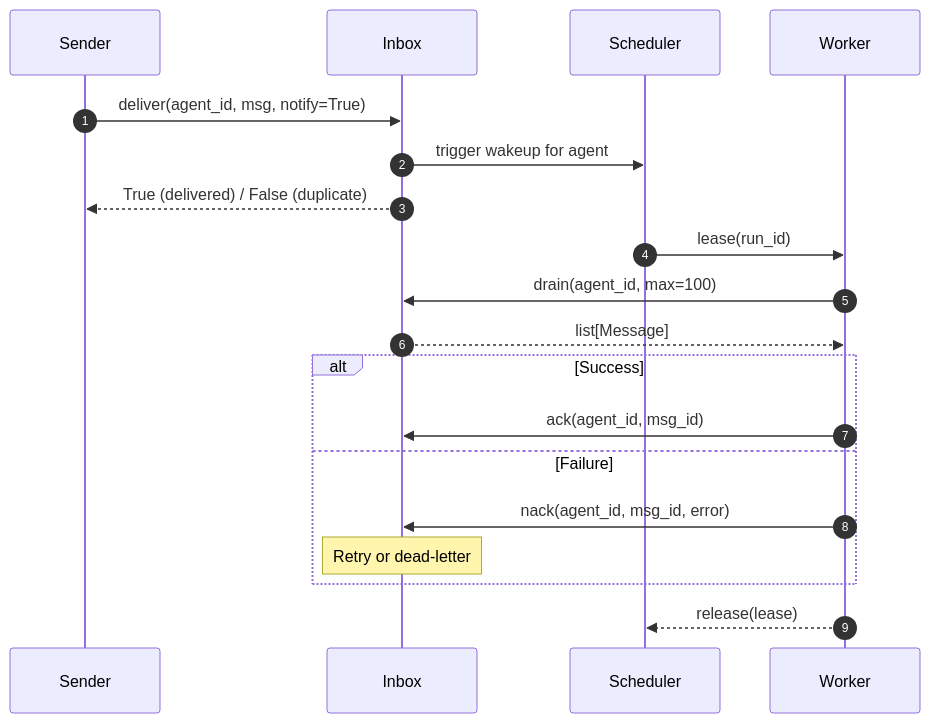
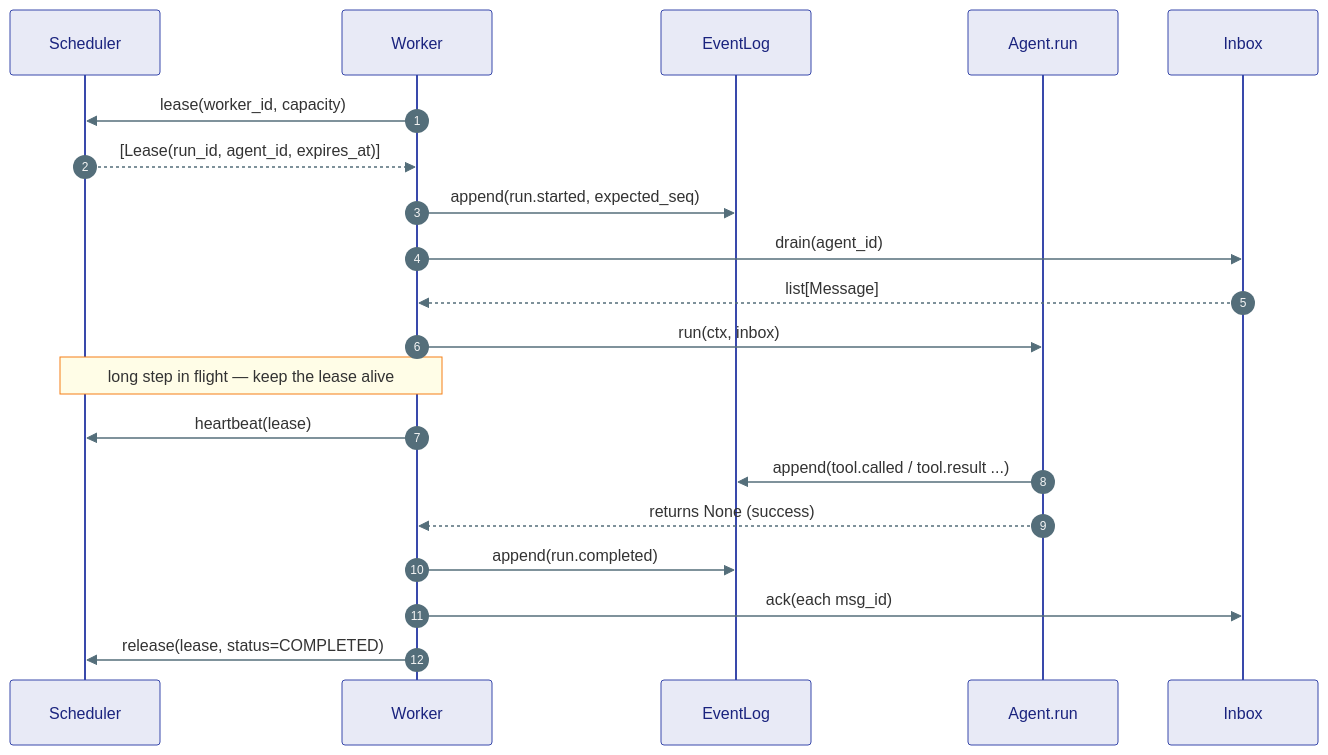
The fifth of 6 diagrams in agents/agent-substrate/docs/kernel/07-runtime.md (Ravikumarchavva/agent-substrate), drawn with Mermaid before and after one commit. The commit also changed other lines of this file and 139 other files, not shown here.

First line of the commit message:
Add in-memory graph and vector stores for local development and testing

````diff
--- a/agents/agent-substrate/docs/kernel/07-runtime.md
+++ b/agents/agent-substrate/docs/kernel/07-runtime.md
@@ -99,25 +501,24 @@
 ```mermaid
+%%{init: {'theme': 'base', 'themeVariables': {'actorBkg': '#E8EAF6','actorBorder': '#3949AB','actorTextColor': '#1A237E','noteBkgColor': '#FFFDE7','noteBorderColor': '#F57F17','signalColor': '#546E7A','fontSize': '12px'}}}%%
 sequenceDiagram
     autonumber
-    participant Sender
-    participant Inbox
-    participant Scheduler
-    participant Worker
+    participant SCH as Scheduler
+    participant WK as Worker
+    participant EL as EventLog
+    participant AG as Agent.run
+    participant INB as Inbox
 
-    Sender->>Inbox: deliver(agent_id, msg, notify=True)
-    Inbox->>Scheduler: trigger wakeup for agent
-    Inbox-->>Sender: True (delivered) / False (duplicate)
-
-    Scheduler->>Worker: lease(run_id)
-    Worker->>Inbox: drain(agent_id, max=100)
-    Inbox-->>Worker: list[Message]
-
-    alt Success
-        Worker->>Inbox: ack(agent_id, msg_id)
-    else Failure
-        Worker->>Inbox: nack(agent_id, msg_id, error)
-        Note over Inbox: Retry or dead-letter
-    end
-
-    Worker-->>Scheduler: release(lease)
+    WK->>SCH: lease(worker_id, capacity)
+    SCH-->>WK: [Lease(run_id, agent_id, expires_at)]
+    WK->>EL: append(run.started, expected_seq)
+    WK->>INB: drain(agent_id)
+    INB-->>WK: list[Message]
+    WK->>AG: run(ctx, inbox)
+    Note over WK,SCH: long step in flight — keep the lease alive
+    WK->>SCH: heartbeat(lease)
+    AG->>EL: append(tool.called / tool.result ...)
+    AG-->>WK: returns None (success)
+    WK->>EL: append(run.completed)
+    WK->>INB: ack(each msg_id)
+    WK->>SCH: release(lease, status=COMPLETED)
 ```
````
